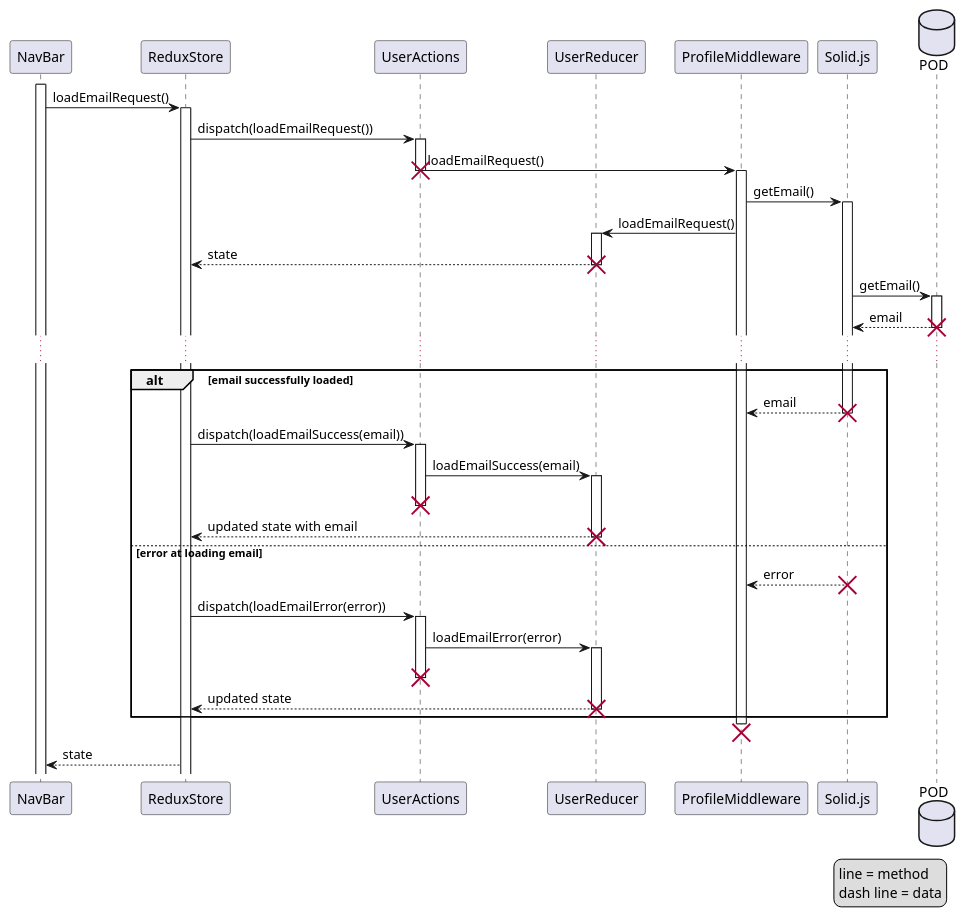
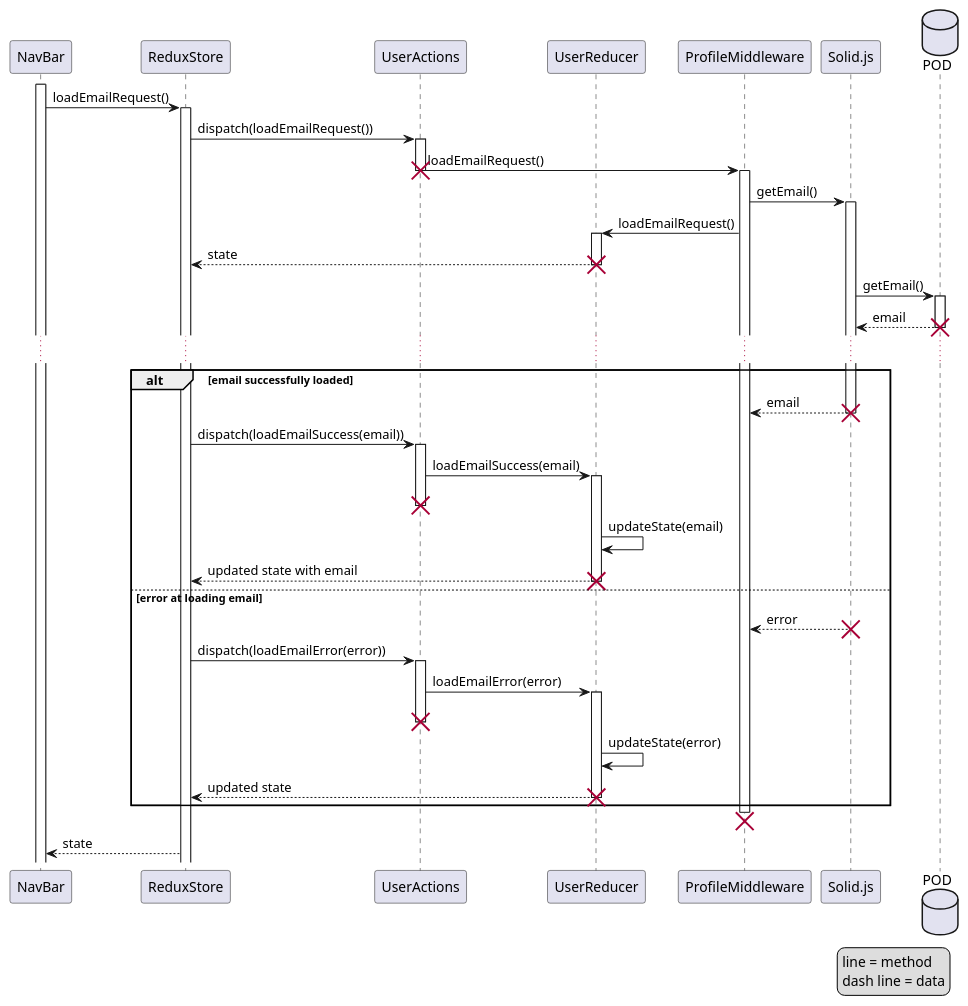
The diagram in src/docs/diagrams/06_SD_LoadEmail.puml (Arquisoft/viade_en1b), drawn with PlantUML before and after one commit. The commit also changed 4 other files, not shown here.

```diff
--- a/src/docs/diagrams/06_SD_LoadEmail.puml
+++ b/src/docs/diagrams/06_SD_LoadEmail.puml
@@ -3,58 +3,60 @@
 @startuml
 
 participant NavBar as nb 
 participant ReduxStore as rs 
 participant UserActions as ra 
 participant UserReducer as rr 
 participant ProfileMiddleware as rm 
 participant Solid.js as s 
 database POD as p
 
 activate nb
 nb -> rs: loadEmailRequest()
 activate rs
 rs -> ra: dispatch(loadEmailRequest())
 activate ra
 ra -> rm: loadEmailRequest()
 destroy ra
 activate rm
 rm -> s: getEmail()
 activate s
 rm -> rr: loadEmailRequest()
 activate rr
 rr --> rs: state
 destroy rr
 s -> p: getEmail()
 activate p
 p --> s: email
 destroy p
 ...
 alt email successfully loaded
 s --> rm: email
 destroy s
 rs -> ra: dispatch(loadEmailSuccess(email))
 activate ra
 ra -> rr: loadEmailSuccess(email)
 activate rr
 destroy ra
+rr -> rr: updateState(email)
 rr --> rs: updated state with email
 destroy rr
 else error at loading email
 s --> rm: error
 destroy s
 rs -> ra: dispatch(loadEmailError(error))
 activate ra
 ra -> rr: loadEmailError(error)
 activate rr
 destroy ra
+rr -> rr: updateState(error)
 rr --> rs: updated state
 destroy rr
 end
 destroy rm
 rs --> nb: state
 legend right
 line = method
 dash line = data
 endlegend
 
 @enduml
```
